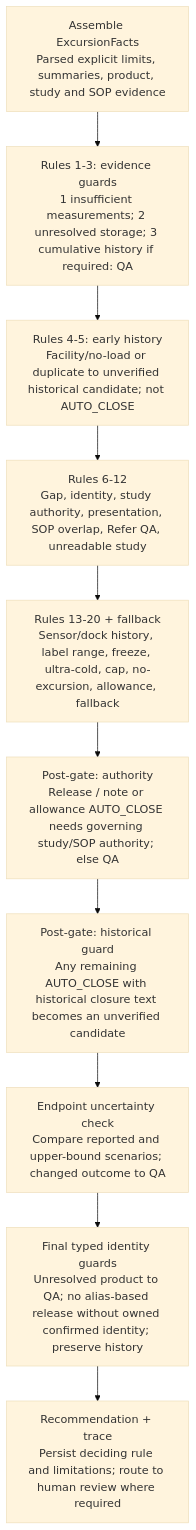
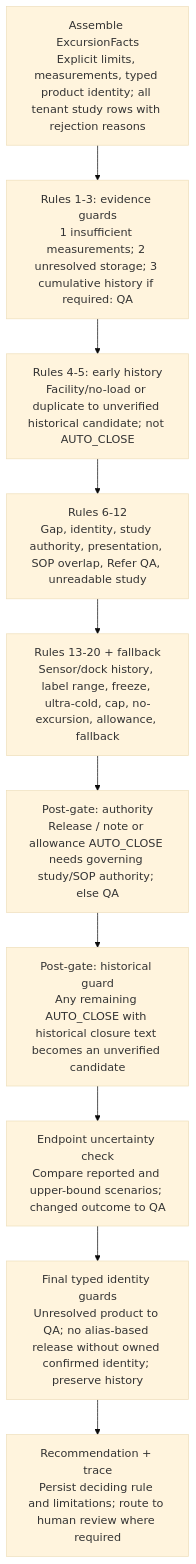
One commit to Zulfiqar7862/kestrel-adjudication-case-study changed the diagram in docs/diagrams/decision-pipeline.mmd. Above: the diagram before and after it, drawn with Mermaid (base theme). The commit also changed 48 other files, not shown here.

Commit message:
feat: audit tenant-scoped study discovery and typed rejections

```diff
--- a/docs/diagrams/decision-pipeline.mmd
+++ b/docs/diagrams/decision-pipeline.mmd
@@ -1,20 +1,20 @@
 flowchart TB
-    Facts["Assemble ExcursionFacts<br/>Parsed explicit limits, summaries, product, study and SOP evidence"]
+    Facts["Assemble ExcursionFacts<br/>Explicit limits, measurements, typed product identity; all tenant study rows with rejection reasons"]
     Guard["Rules 1-3: evidence guards<br/>1 insufficient measurements; 2 unresolved storage; 3 cumulative history if required: QA"]
     History["Rules 4-5: early history<br/>Facility/no-load or duplicate to unverified historical candidate; not AUTO_CLOSE"]
     Resolve["Rules 6-12<br/>Gap, identity, study authority, presentation, SOP overlap, Refer QA, unreadable study"]
     Arithmetic["Rules 13-20 + fallback<br/>Sensor/dock history, label range, freeze, ultra-cold, cap, no-excursion, allowance, fallback"]
     Authority["Post-gate: authority<br/>Release / note or allowance AUTO_CLOSE needs governing study/SOP authority; else QA"]
     Intercept["Post-gate: historical guard<br/>Any remaining AUTO_CLOSE with historical closure text becomes an unverified candidate"]
     Result["Recommendation + trace<br/>Persist deciding rule and limitations; route to human review where required"]
     Uncertainty["Endpoint uncertainty check<br/>Compare reported and upper-bound scenarios; changed outcome to QA"]
     Identity["Final typed identity guards<br/>Unresolved product to QA; no alias-based release without owned confirmed identity; preserve history"]
     Facts --> Guard
     Guard --> History
     History --> Resolve
     Resolve --> Arithmetic
     Arithmetic --> Authority
     Authority --> Intercept
     Intercept --> Uncertainty
     Uncertainty --> Identity
     Identity --> Result
```
